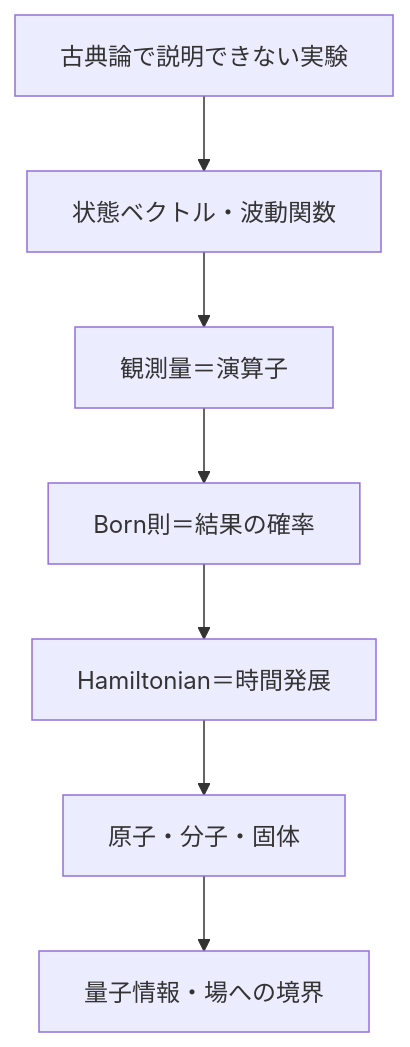
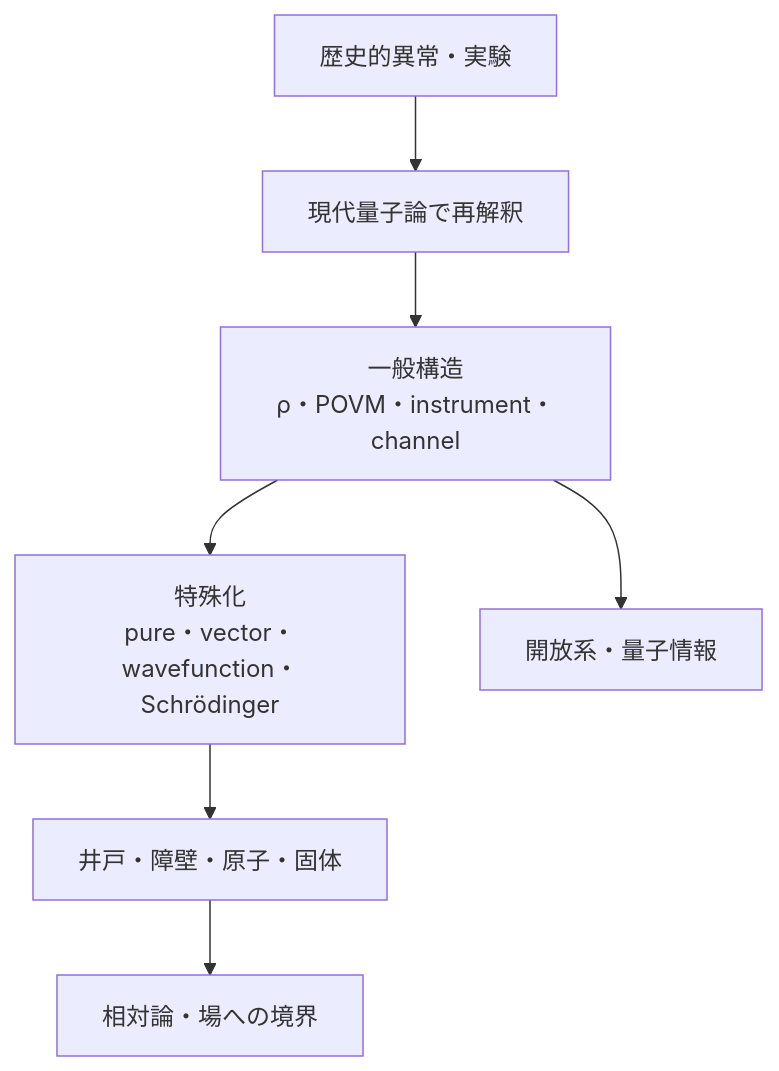
One commit to daysUlab/Learning_with_Codex changed the first of 2 diagrams in physics_tower/07_quantum_mechanics/00_overview.md. Above: the diagram before and after it, drawn with Mermaid. The commit also changed other lines of this file and 13 other files, not shown here.

````diff
--- a/physics_tower/07_quantum_mechanics/00_overview.md
+++ b/physics_tower/07_quantum_mechanics/00_overview.md
@@ -15,9 +9,9 @@
 ```mermaid
 flowchart TD
-    E["古典論で説明できない実験"] --> S["状態ベクトル・波動関数"]
-    S --> O["観測量＝演算子"]
-    O --> P["Born則＝結果の確率"]
-    P --> T["Hamiltonian＝時間発展"]
-    T --> A["原子・分子・固体"]
-    A --> X["量子情報・場への境界"]
+    H["歴史的異常・実験"] --> R["現代量子論で再解釈"]
+    R --> G["一般構造<br/>ρ・POVM・instrument・channel"]
+    G --> S["特殊化<br/>pure・vector・wavefunction・Schrödinger"]
+    S --> A["井戸・障壁・原子・固体"]
+    G --> I["開放系・量子情報"]
+    A --> F["相対論・場への境界"]
 ```
````
